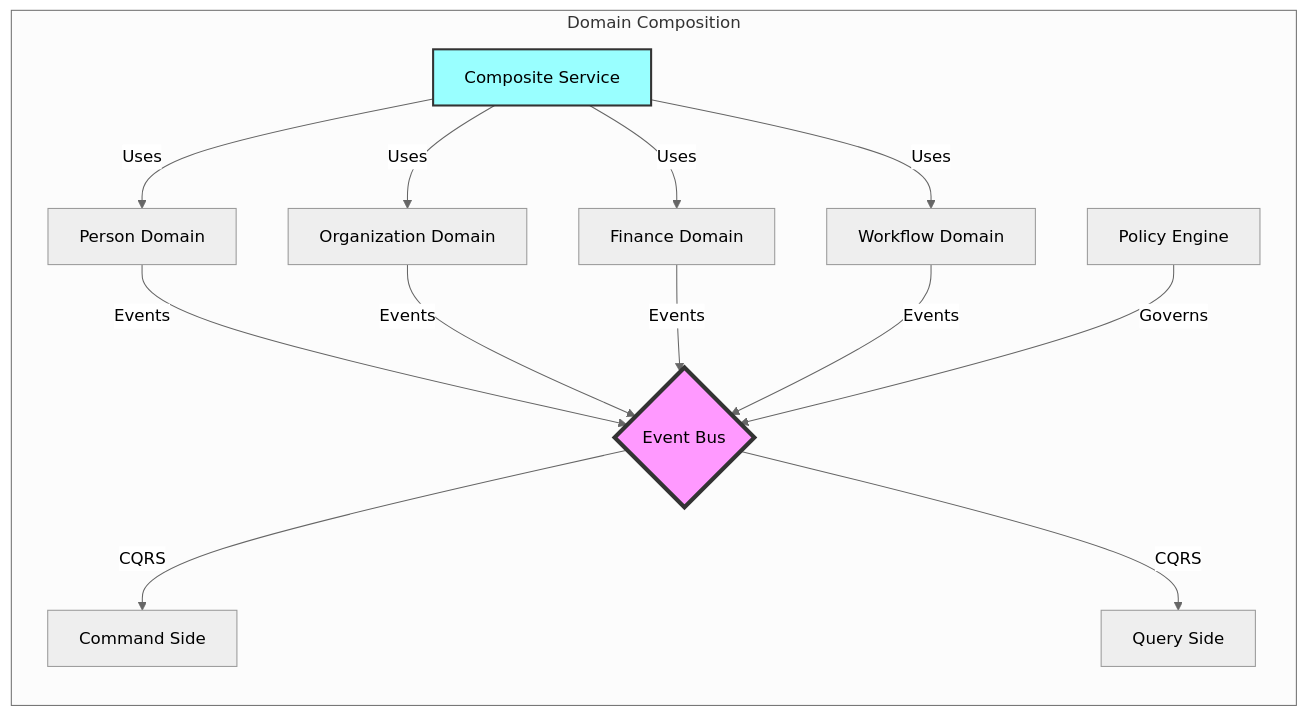
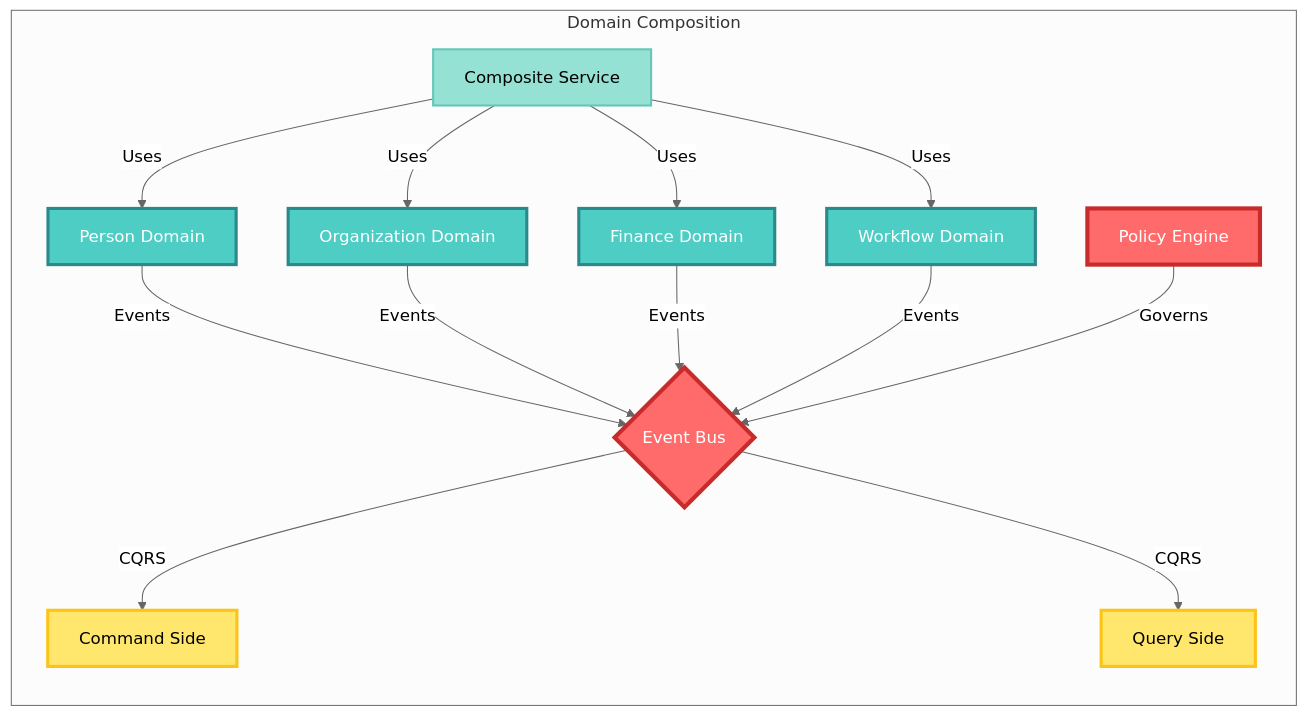
Before and after one commit to TheCowboyAI/cim: the second of 4 diagrams in doc/readme_cim_overview.md, drawn with Mermaid (neutral theme). The commit also changed other lines of this file and 12 other files, not shown here.

````diff
--- a/doc/readme_cim_overview.md
+++ b/doc/readme_cim_overview.md
@@ -54,29 +63,37 @@
 ```mermaid
 graph LR
     subgraph "Domain Composition"
         A[Person Domain]
         B[Organization Domain]
         C[Finance Domain]
         D[Workflow Domain]
         
         E{Event Bus}
         
         A -->|Events| E
         B -->|Events| E
         C -->|Events| E
         D -->|Events| E
         
         E -->|CQRS| F[Command Side]
         E -->|CQRS| G[Query Side]
         
         H[Policy Engine] -->|Governs| E
         
         I[Composite Service] -->|Uses| A
         I -->|Uses| B
         I -->|Uses| C
         I -->|Uses| D
     end
     
-    style E fill:#f9f,stroke:#333,stroke-width:4px
-    style I fill:#9ff,stroke:#333,stroke-width:2px
+    %% Styling - domain composition architecture
+    style A fill:#4ECDC4,stroke:#2B8A89,stroke-width:3px,color:#FFF
+    style B fill:#4ECDC4,stroke:#2B8A89,stroke-width:3px,color:#FFF
+    style C fill:#4ECDC4,stroke:#2B8A89,stroke-width:3px,color:#FFF
+    style D fill:#4ECDC4,stroke:#2B8A89,stroke-width:3px,color:#FFF
+    style E fill:#FF6B6B,stroke:#C92A2A,stroke-width:4px,color:#FFF
+    style F fill:#FFE66D,stroke:#FCC419,stroke-width:3px,color:#000
+    style G fill:#FFE66D,stroke:#FCC419,stroke-width:3px,color:#000
+    style H fill:#FF6B6B,stroke:#C92A2A,stroke-width:4px,color:#FFF
+    style I fill:#95E1D3,stroke:#63C7B8,stroke-width:2px,color:#000
 ```
````
